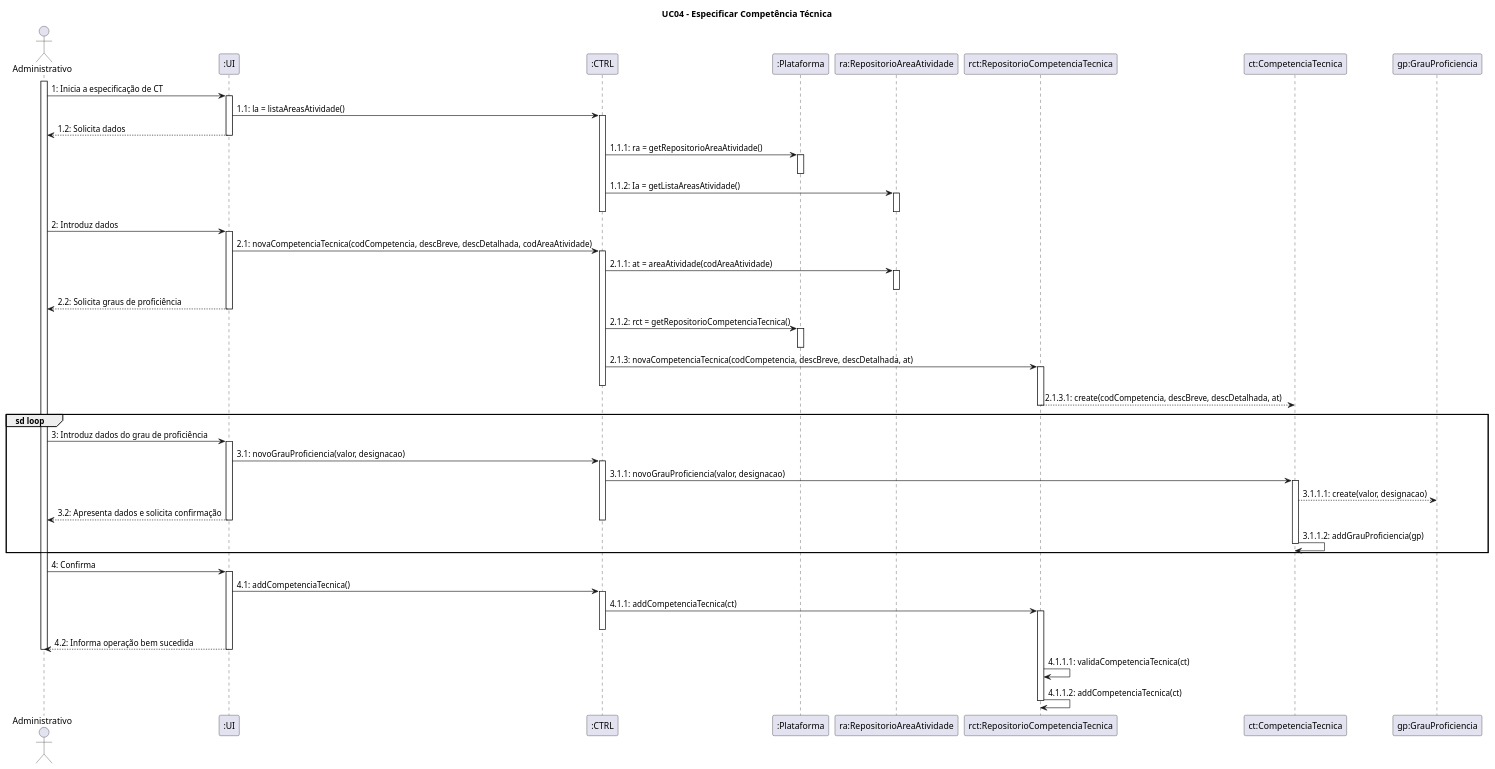
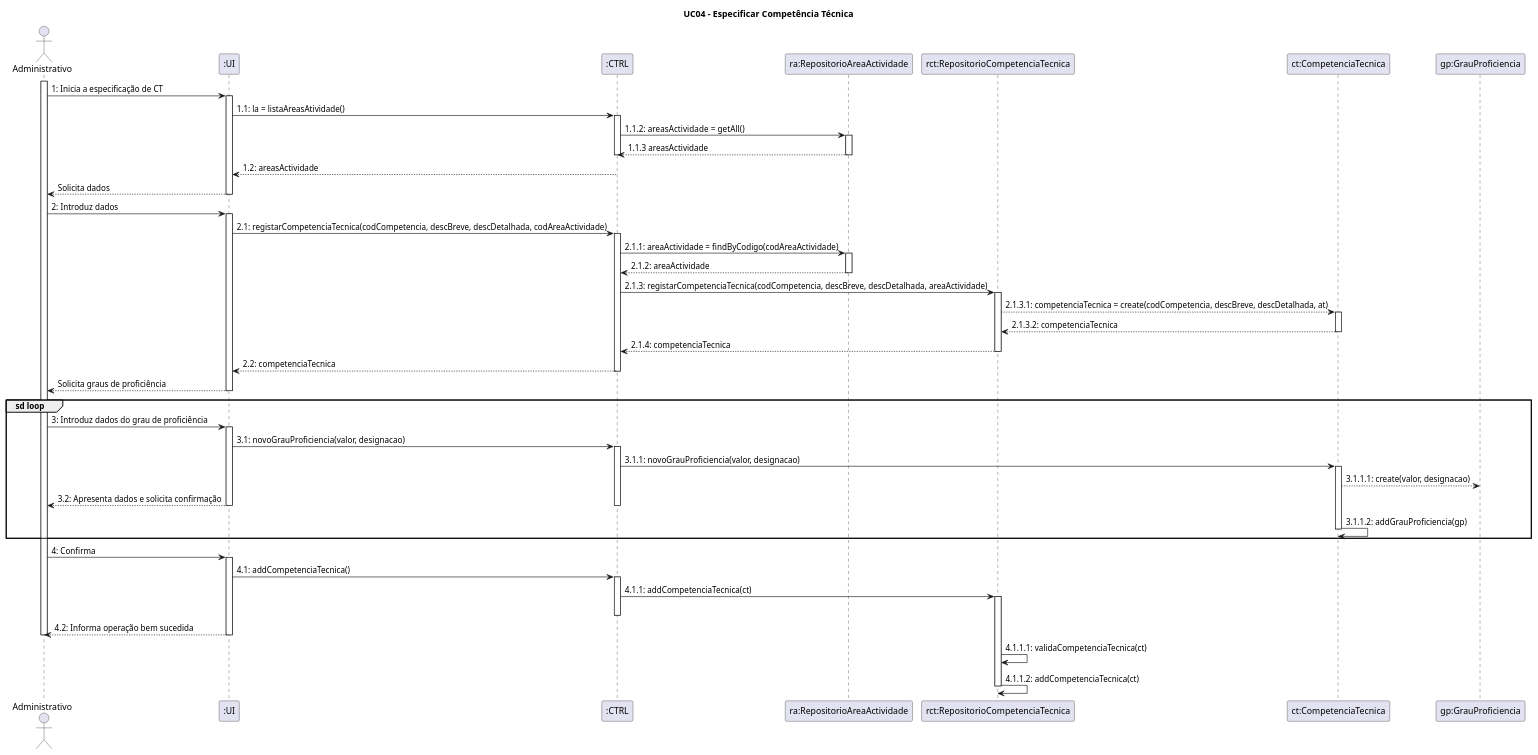
One commit to blestonbandeiraUPSKILL/upskill_java1_labprg_grupo2 changed the diagram in Documentação/Sprint 2/UC04_Especificar_Competencia_Tecnica/UC04_Especificar_Competencia_Tecnica_Diagrama_Sequencia.wsd. Above: the diagram before and after it, drawn with PlantUML. The commit also changed 9 other files, not shown here.

```diff
--- a/Documentação/Sprint 2/UC04_Especificar_Competencia_Tecnica/UC04_Especificar_Competencia_Tecnica_Diagrama_Sequencia.wsd
+++ b/Documentação/Sprint 2/UC04_Especificar_Competencia_Tecnica/UC04_Especificar_Competencia_Tecnica_Diagrama_Sequencia.wsd
@@ -1,98 +1,97 @@
 @startuml
 title UC04 - Especificar Competência Técnica
 
 actor Administrativo
 participant ":UI" as EspecificarCompetenciaTecnicaUI
 participant ":CTRL" as EspecificarCompetenciaTecnicaCTRL
-participant ":Plataforma" as Plataforma
-participant "ra:RepositorioAreaAtividade" as RepositorioAreaAtividade
+participant "ra:RepositorioAreaActividade" as RepositorioAreaActividade
 participant "rct:RepositorioCompetenciaTecnica" as RepositorioCompetenciaTecnica
 participant "ct:CompetenciaTecnica" as CompetenciaTecnica
 participant "gp:GrauProficiencia" as GrauProficiencia
 
 activate Administrativo
 
 Administrativo -> EspecificarCompetenciaTecnicaUI: 1: Inicia a especificação de CT
 activate EspecificarCompetenciaTecnicaUI
 
 EspecificarCompetenciaTecnicaUI -> EspecificarCompetenciaTecnicaCTRL: 1.1: la = listaAreasAtividade()
 activate EspecificarCompetenciaTecnicaCTRL
 
-EspecificarCompetenciaTecnicaUI --> Administrativo: 1.2: Solicita dados
+EspecificarCompetenciaTecnicaCTRL -> RepositorioAreaActividade: 1.1.2:  areasActividade = getAll()
+activate RepositorioAreaActividade 
+RepositorioAreaActividade --> EspecificarCompetenciaTecnicaCTRL: 1.1.3 areasActividade
+deactivate RepositorioAreaActividade
+deactivate EspecificarCompetenciaTecnicaCTRL
+EspecificarCompetenciaTecnicaCTRL --> EspecificarCompetenciaTecnicaUI: 1.2: areasActividade
+EspecificarCompetenciaTecnicaUI --> Administrativo: Solicita dados
 deactivate EspecificarCompetenciaTecnicaUI
 
-EspecificarCompetenciaTecnicaCTRL -> Plataforma: 1.1.1: ra = getRepositorioAreaAtividade()
-activate Plataforma
-deactivate Plataforma
-
-EspecificarCompetenciaTecnicaCTRL -> RepositorioAreaAtividade: 1.1.2: Ia = getListaAreasAtividade()
-activate RepositorioAreaAtividade
-deactivate RepositorioAreaAtividade
-deactivate EspecificarCompetenciaTecnicaCTRL
 
 Administrativo -> EspecificarCompetenciaTecnicaUI: 2: Introduz dados
 activate EspecificarCompetenciaTecnicaUI
 
-EspecificarCompetenciaTecnicaUI -> EspecificarCompetenciaTecnicaCTRL: 2.1: novaCompetenciaTecnica(codCompetencia, descBreve, descDetalhada, codAreaAtividade)
+EspecificarCompetenciaTecnicaUI -> EspecificarCompetenciaTecnicaCTRL: 2.1: registarCompetenciaTecnica(codCompetencia, descBreve, descDetalhada, codAreaActividade)
 activate EspecificarCompetenciaTecnicaCTRL
 
-EspecificarCompetenciaTecnicaCTRL -> RepositorioAreaAtividade : 2.1.1: at = areaAtividade(codAreaAtividade)
-activate RepositorioAreaAtividade
-deactivate RepositorioAreaAtividade
+EspecificarCompetenciaTecnicaCTRL -> RepositorioAreaActividade : 2.1.1: areaActividade = findByCodigo(codAreaActividade)
+activate RepositorioAreaActividade
+RepositorioAreaActividade --> EspecificarCompetenciaTecnicaCTRL: 2.1.2: areaActividade
+deactivate RepositorioAreaActividade
 
-EspecificarCompetenciaTecnicaUI --> Administrativo: 2.2: Solicita graus de proficiência
+
+EspecificarCompetenciaTecnicaCTRL -> RepositorioCompetenciaTecnica: 2.1.3: registarCompetenciaTecnica(codCompetencia, descBreve, descDetalhada, areaActividade) 
+activate RepositorioCompetenciaTecnica
+
+
+RepositorioCompetenciaTecnica --> CompetenciaTecnica: 2.1.3.1: competenciaTecnica = create(codCompetencia, descBreve, descDetalhada, at) 
+activate CompetenciaTecnica
+CompetenciaTecnica --> RepositorioCompetenciaTecnica: 2.1.3.2: competenciaTecnica
+deactivate CompetenciaTecnica
+RepositorioCompetenciaTecnica --> EspecificarCompetenciaTecnicaCTRL: 2.1.4: competenciaTecnica
+deactivate RepositorioCompetenciaTecnica
+EspecificarCompetenciaTecnicaCTRL --> EspecificarCompetenciaTecnicaUI: 2.2: competenciaTecnica
+deactivate EspecificarCompetenciaTecnicaCTRL
+EspecificarCompetenciaTecnicaUI --> Administrativo: Solicita graus de proficiência
 deactivate EspecificarCompetenciaTecnicaUI
-
-EspecificarCompetenciaTecnicaCTRL -> Plataforma: 2.1.2: rct = getRepositorioCompetenciaTecnica()
-activate Plataforma
-deactivate Plataforma
-
-EspecificarCompetenciaTecnicaCTRL -> RepositorioCompetenciaTecnica: 2.1.3: novaCompetenciaTecnica(codCompetencia, descBreve, descDetalhada, at) 
-activate RepositorioCompetenciaTecnica
-deactivate EspecificarCompetenciaTecnicaCTRL
-
-RepositorioCompetenciaTecnica --> CompetenciaTecnica: 2.1.3.1: create(codCompetencia, descBreve, descDetalhada, at) 
-deactivate RepositorioCompetenciaTecnica
-deactivate EspecificarCompetenciaTecnicaCTRL
 
 group sd loop
 
 Administrativo -> EspecificarCompetenciaTecnicaUI: 3: Introduz dados do grau de proficiência
 activate EspecificarCompetenciaTecnicaUI
 
 EspecificarCompetenciaTecnicaUI -> EspecificarCompetenciaTecnicaCTRL: 3.1: novoGrauProficiencia(valor, designacao)
 activate EspecificarCompetenciaTecnicaCTRL
 
 EspecificarCompetenciaTecnicaCTRL -> CompetenciaTecnica: 3.1.1: novoGrauProficiencia(valor, designacao)
 activate CompetenciaTecnica
 
 CompetenciaTecnica --> GrauProficiencia: 3.1.1.1: create(valor, designacao) 
 
 EspecificarCompetenciaTecnicaUI --> Administrativo: 3.2: Apresenta dados e solicita confirmação
 deactivate EspecificarCompetenciaTecnicaUI
 deactivate EspecificarCompetenciaTecnicaCTRL
 
 CompetenciaTecnica -> CompetenciaTecnica: 3.1.1.2: addGrauProficiencia(gp)
 deactivate CompetenciaTecnica
 
 end
 
 Administrativo -> EspecificarCompetenciaTecnicaUI: 4: Confirma
 activate EspecificarCompetenciaTecnicaUI
 
 EspecificarCompetenciaTecnicaUI -> EspecificarCompetenciaTecnicaCTRL: 4.1: addCompetenciaTecnica()
 activate EspecificarCompetenciaTecnicaCTRL
 
 EspecificarCompetenciaTecnicaCTRL -> RepositorioCompetenciaTecnica: 4.1.1: addCompetenciaTecnica(ct)
 activate RepositorioCompetenciaTecnica
 deactivate EspecificarCompetenciaTecnicaCTRL
 
 EspecificarCompetenciaTecnicaUI --> Administrativo: 4.2: Informa operação bem sucedida
 deactivate EspecificarCompetenciaTecnicaUI
 deactivate Administrativo
 
 RepositorioCompetenciaTecnica -> RepositorioCompetenciaTecnica: 4.1.1.1: validaCompetenciaTecnica(ct)
 RepositorioCompetenciaTecnica -> RepositorioCompetenciaTecnica: 4.1.1.2: addCompetenciaTecnica(ct)
 
 deactivate RepositorioCompetenciaTecnica
 @enduml
```
